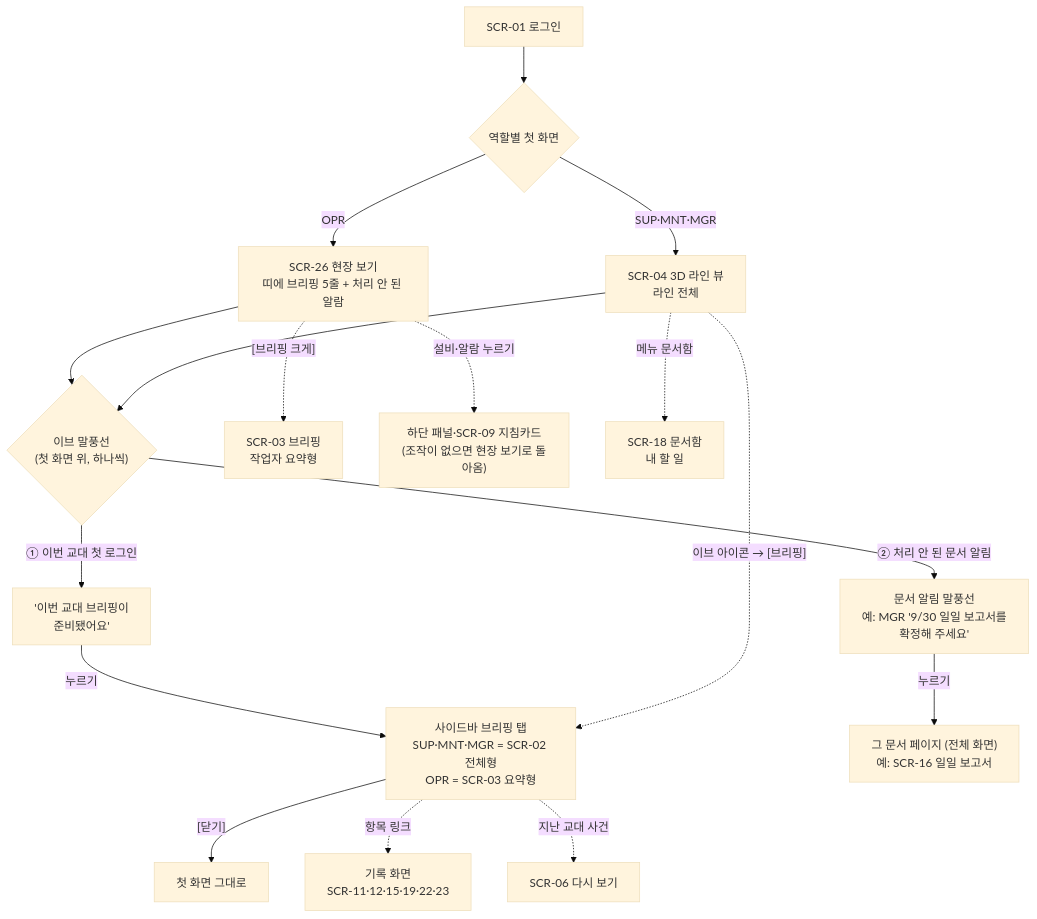
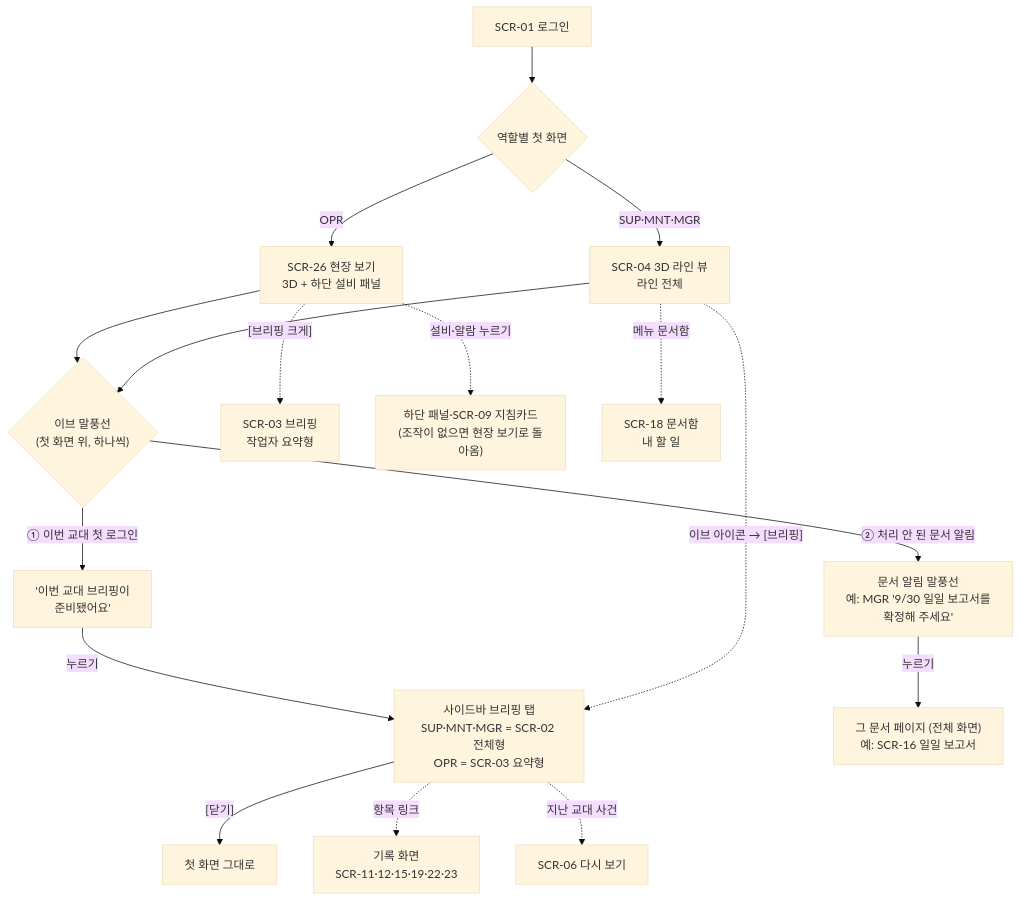
One commit to Ion-Mill/VF-2 changed the first of 3 diagrams in 11_automotive/UI설계서_최종본.md. Above: the diagram before and after it, drawn with Mermaid (base theme). The commit also changed other lines of this file and 7 other files, not shown here.

````diff
--- a/11_automotive/UI설계서_최종본.md
+++ b/11_automotive/UI설계서_최종본.md
@@ -403,19 +403,19 @@
 ```mermaid
 flowchart TD
     L["SCR-01 로그인"] --> H{"역할별 첫 화면"}
-    H -- "OPR" --> O["SCR-26 현장 보기<br/>띠에 브리핑 5줄 + 처리 안 된 알람"]
+    H -- "OPR" --> O["SCR-26 현장 보기<br/>3D + 하단 설비 패널"]
     H -- "SUP·MNT·MGR" --> S["SCR-04 3D 라인 뷰<br/>라인 전체"]
     O --> BQ{"이브 말풍선<br/>(첫 화면 위, 하나씩)"}
     S --> BQ
     BQ -- "① 이번 교대 첫 로그인" --> BB["'이번 교대 브리핑이<br/>준비됐어요'"]
     BQ -- "② 처리 안 된 문서 알림" --> DB["문서 알림 말풍선<br/>예: MGR '9/30 일일 보고서를<br/>확정해 주세요'"]
     BB -- "누르기" --> B2["사이드바 브리핑 탭<br/>SUP·MNT·MGR = SCR-02 전체형<br/>OPR = SCR-03 요약형"]
     DB -- "누르기" --> DOC["그 문서 페이지 (전체 화면)<br/>예: SCR-16 일일 보고서"]
     B2 -- "[닫기]" --> BACK["첫 화면 그대로"]
     S -. "이브 아이콘 → [브리핑]" .-> B2
     O -. "[브리핑 크게]" .-> B3["SCR-03 브리핑<br/>작업자 요약형"]
     O -. "설비·알람 누르기" .-> D["하단 패널·SCR-09 지침카드<br/>(조작이 없으면 현장 보기로 돌아옴)"]
     S -. "메뉴 문서함" .-> M["SCR-18 문서함<br/>내 할 일"]
     B2 -. "항목 링크" .-> R["기록 화면<br/>SCR-11·12·15·19·22·23"]
     B2 -. "지난 교대 사건" .-> P["SCR-06 다시 보기"]
 ```
````
